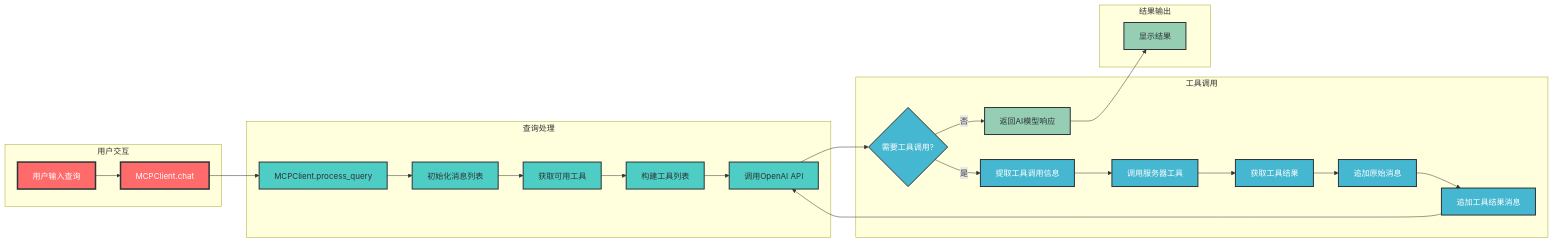
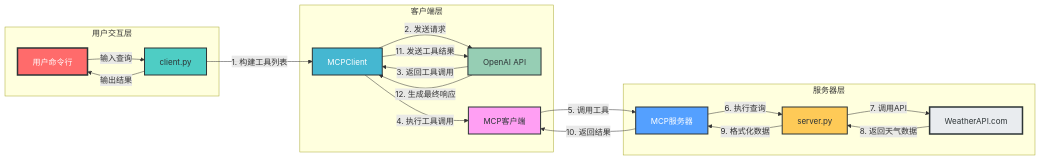
Before and after one commit to amuqiao/mcp_rag_llm: the second of 4 diagrams in mcp_agent_demo/readme.md, drawn with Mermaid. The commit also changed other lines of this file and 4 other files, not shown here.

````diff
--- a/mcp_agent_demo/readme.md
+++ b/mcp_agent_demo/readme.md
@@ -131,39 +150,35 @@
 ```mermaid
-flowchart LR
-    subgraph 用户交互
-        A[用户输入查询] --> B[MCPClient.chat]
+graph LR
+    subgraph 用户交互层
+        A[用户命令行] -->|输入查询| B[client.py]
+        B -->|输出结果| A
     end
-
-    subgraph 查询处理
-        B --> C[MCPClient.process_query]
-        C --> D[初始化消息列表]
-        D --> E[获取可用工具]
-        E --> F[构建工具列表]
-        F --> G[调用OpenAI API]
+    
+    subgraph 客户端层
+        B -->|1. 构建工具列表| C[MCPClient]
+        C -->|2. 发送请求| D[OpenAI API]
+        D -->|3. 返回工具调用| C
+        C -->|4. 执行工具调用| E[MCP客户端]
     end
-
-    subgraph 工具调用
-        G --> H{需要工具调用?}
-        H -->|是| I[提取工具调用信息]
-        I --> J[调用服务器工具]
-        J --> K[获取工具结果]
-        K --> L[追加原始消息]
-        L --> M[追加工具结果消息]
-        M --> G
-        H -->|否| N[返回AI模型响应]
+    
+    subgraph 服务器层
+        E -->|5. 调用工具| F[MCP服务器]
+        F -->|6. 执行查询| G[server.py]
+        G -->|7. 调用API| H[WeatherAPI.com]
+        H -->|8. 返回天气数据| G
+        G -->|9. 格式化数据| F
+        F -->|10. 返回结果| E
     end
-
-    subgraph 结果输出
-        N --> O[显示结果]
-    end
-
-    classDef userStyle fill:#FF6B6B,stroke:#2D3436,stroke-width:3px,color:white;
-    classDef processStyle fill:#4ECDC4,stroke:#2D3436,stroke-width:2px,color:#2D3436;
-    classDef toolStyle fill:#45B7D1,stroke:#2D3436,stroke-width:2px,color:white;
-    classDef outputStyle fill:#96CEB4,stroke:#2D3436,stroke-width:2px,color:#2D3436;
-
-    class A,B userStyle;
-    class C,D,E,F,G processStyle;
-    class H,I,J,K,L,M toolStyle;
-    class N,O outputStyle;
+    
+    C -->|11. 发送工具结果| D
+    D -->|12. 生成最终响应| C
+    
+    style A fill:#FF6B6B,stroke:#2D3436,stroke-width:3px,color:white
+    style B fill:#4ECDC4,stroke:#2D3436,stroke-width:2px,color:#2D3436
+    style C fill:#45B7D1,stroke:#2D3436,stroke-width:2px,color:white
+    style D fill:#96CEB4,stroke:#2D3436,stroke-width:2px,color:#2D3436
+    style E fill:#FF9FF3,stroke:#2D3436,stroke-width:2px,color:#2D3436
+    style F fill:#54A0FF,stroke:#2D3436,stroke-width:2px,color:white
+    style G fill:#FECA57,stroke:#2D3436,stroke-width:2px,color:#2D3436
+    style H fill:#E9ECEF,stroke:#2D3436,stroke-width:3px,color:#2D3436
 ```
````
